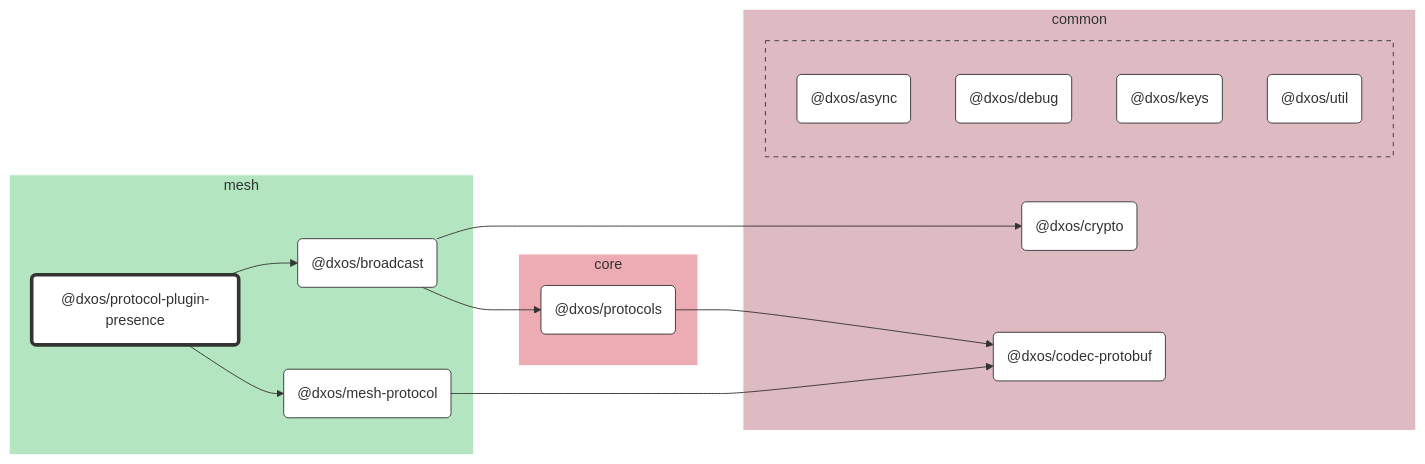
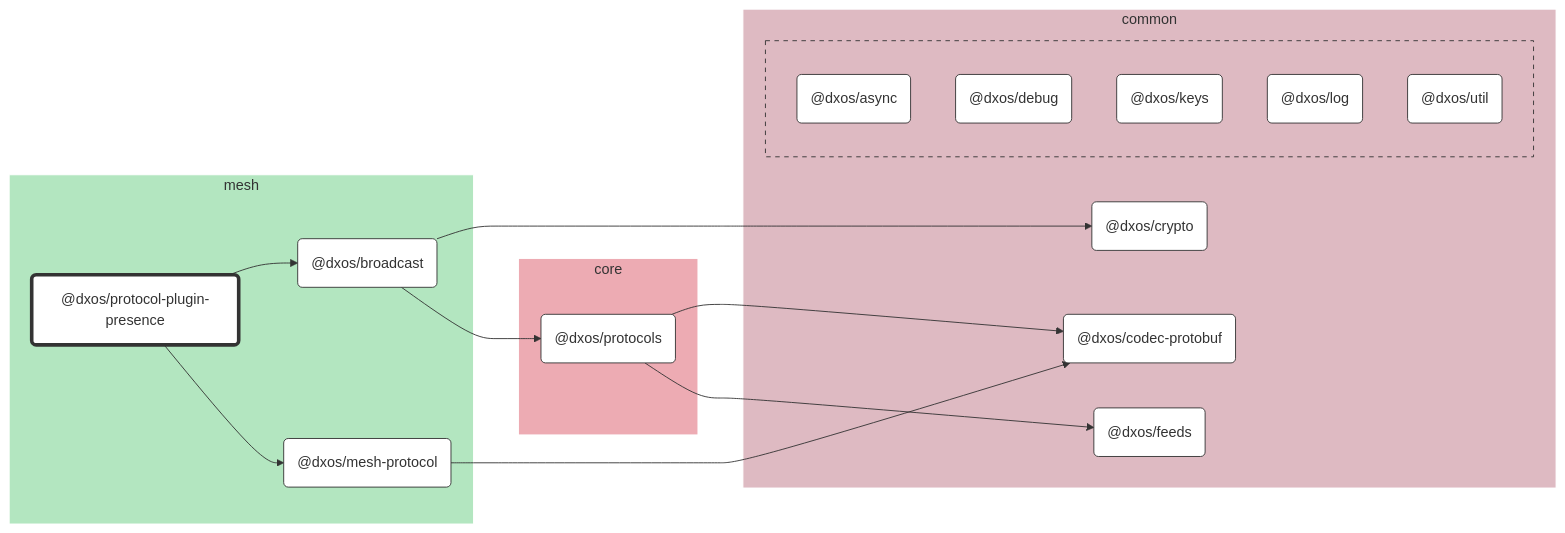
The diagram in packages/core/mesh/protocol-plugin-presence/docs/README.md (dxos/dxos), drawn with Mermaid before and after one commit. The commit also changed other lines of this file and 64 other files, not shown here.

````diff
--- a/packages/core/mesh/protocol-plugin-presence/docs/README.md
+++ b/packages/core/mesh/protocol-plugin-presence/docs/README.md
@@ -7,56 +7,61 @@
 ```mermaid
 %%{ init: {'flowchart':{'curve':'basis'}} }%%
 
 flowchart LR
 
 %% Classes
 classDef def fill:#fff,stroke:#333,stroke-width:1px
 classDef root fill:#fff,stroke:#333,stroke-width:4px
 
 %% Nodes
 
 subgraph mesh [mesh]
   style mesh fill:#b3e6c0,stroke:#fff
   dxos/protocol-plugin-presence("@dxos/protocol-plugin-presence"):::root
   click dxos/protocol-plugin-presence "dxos/dxos/tree/main/packages/core/mesh/protocol-plugin-presence/docs"
   dxos/broadcast("@dxos/broadcast"):::def
   click dxos/broadcast "dxos/dxos/tree/main/packages/core/mesh/broadcast/docs"
   dxos/mesh-protocol("@dxos/mesh-protocol"):::def
   click dxos/mesh-protocol "dxos/dxos/tree/main/packages/core/mesh/mesh-protocol/docs"
 end
 
 subgraph common [common]
   style common fill:#debac2,stroke:#fff
   dxos/codec-protobuf("@dxos/codec-protobuf"):::def
   click dxos/codec-protobuf "dxos/dxos/tree/main/packages/common/codec-protobuf/docs"
   dxos/crypto("@dxos/crypto"):::def
   click dxos/crypto "dxos/dxos/tree/main/packages/common/crypto/docs"
+  dxos/feeds("@dxos/feeds"):::def
+  click dxos/feeds "dxos/dxos/tree/main/packages/common/feeds/docs"
 
   subgraph common-excluded [ ]
     style common-excluded fill:#debac2,stroke:#333,stroke-dasharray:5 5
     dxos/async("@dxos/async"):::def
     click dxos/async "dxos/dxos/tree/main/packages/common/async/docs"
     dxos/debug("@dxos/debug"):::def
     click dxos/debug "dxos/dxos/tree/main/packages/common/debug/docs"
     dxos/keys("@dxos/keys"):::def
     click dxos/keys "dxos/dxos/tree/main/packages/common/keys/docs"
+    dxos/log("@dxos/log"):::def
+    click dxos/log "dxos/dxos/tree/main/packages/common/log/docs"
     dxos/util("@dxos/util"):::def
     click dxos/util "dxos/dxos/tree/main/packages/common/util/docs"
   end
 end
 
 subgraph core [core]
   style core fill:#edabb3,stroke:#fff
   dxos/protocols("@dxos/protocols"):::def
   click dxos/protocols "dxos/dxos/tree/main/packages/core/protocols/docs"
 end
 
 %% Links
 linkStyle default stroke:#333,stroke-width:1px
 dxos/protocol-plugin-presence --> dxos/broadcast
 dxos/broadcast --> dxos/crypto
 dxos/broadcast --> dxos/protocols
 dxos/protocols --> dxos/codec-protobuf
+dxos/protocols --> dxos/feeds
 dxos/protocol-plugin-presence --> dxos/mesh-protocol
 dxos/mesh-protocol --> dxos/codec-protobuf
 ```
````
